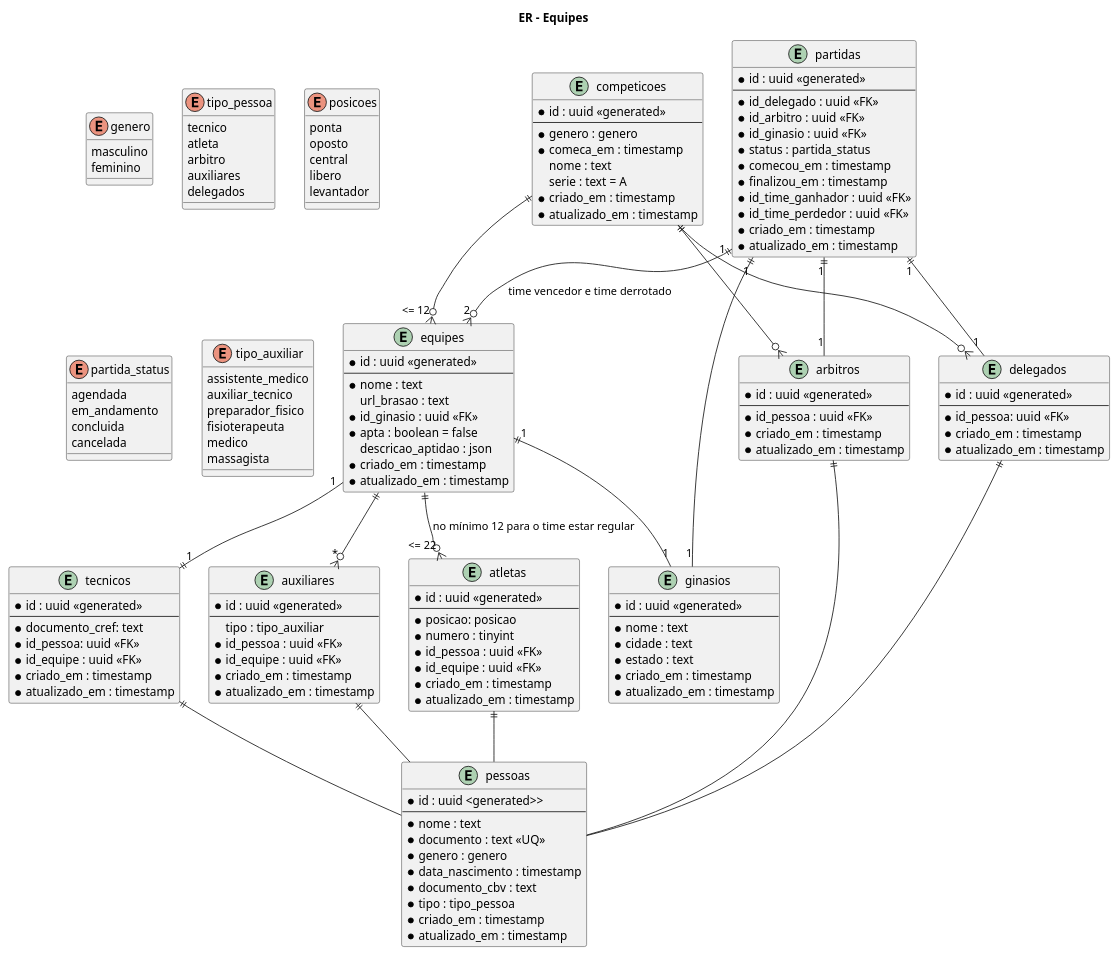
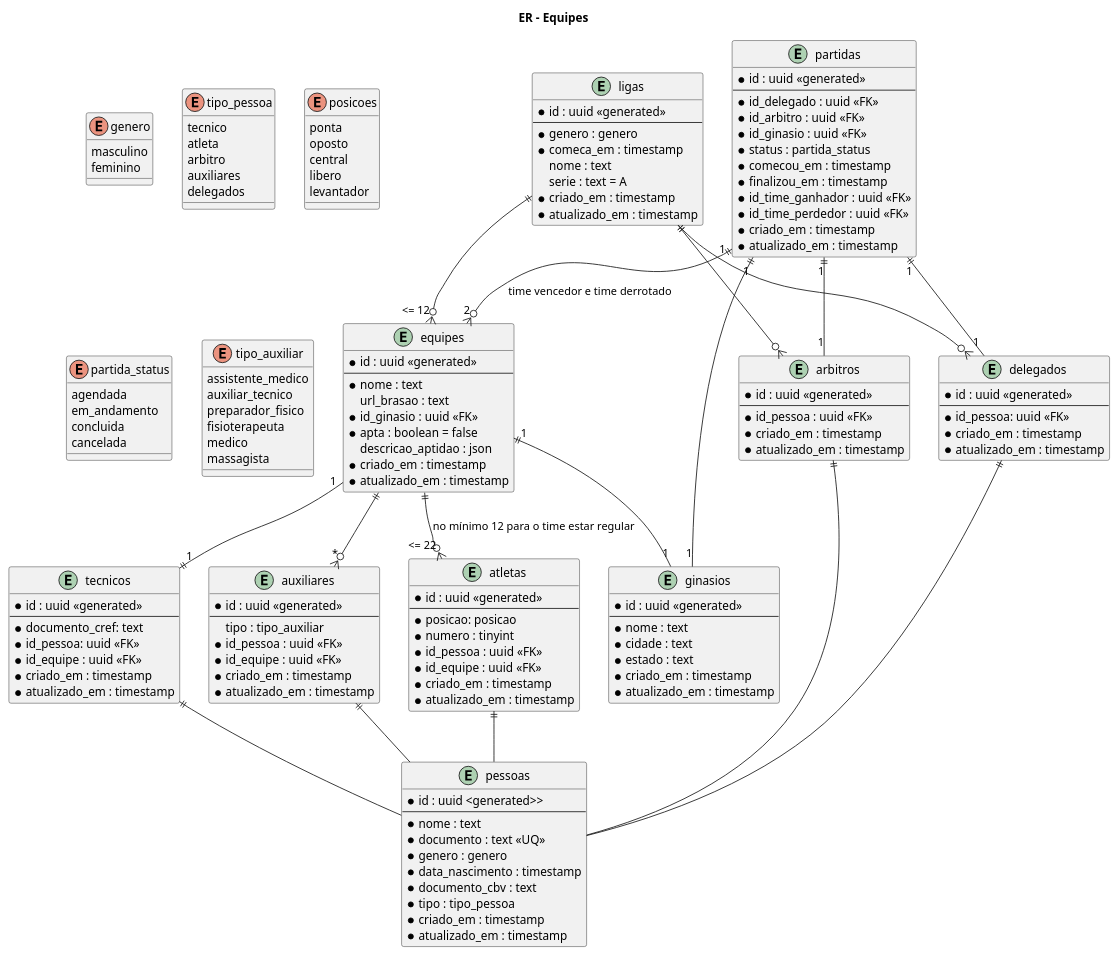
The diagram in docs/volei.puml (josecleiton/volleyball-api), drawn with PlantUML before and after one commit.

Commit message:
docs(VT-75): renomeia competicoes para ligas

```diff
--- a/docs/volei.puml
+++ b/docs/volei.puml
@@ -1,169 +1,169 @@
 @startuml er
 title ER - Equipes
 
 enum genero{
 	masculino
 	feminino
 }
 
-entity competicoes {
+entity ligas {
 	* id : uuid <<generated>>
 	--
 	* genero : genero
 	* comeca_em : timestamp
 	nome : text
 	serie : text = A
 	* criado_em : timestamp
 	* atualizado_em : timestamp
 }
 
 entity equipes {
 	* id : uuid <<generated>>
 	--
 	* nome : text
 	url_brasao : text
 	* id_ginasio : uuid <<FK>>  
 	* apta : boolean = false
 	descricao_aptidao : json
 	'min 12 per tournament'
 	'max 22 per tounament'
 	* criado_em : timestamp
 	* atualizado_em : timestamp
 }
 
 entity ginasios {
 	* id : uuid <<generated>>
 	--
 	* nome : text
 	* cidade : text
 	* estado : text
 	* criado_em : timestamp
 	* atualizado_em : timestamp
 }
 
 enum tipo_pessoa {
 	tecnico 
 	atleta
 	arbitro
 	auxiliares
 	delegados
 }
 
 entity pessoas {
 	* id : uuid <generated>>
 	--
 	* nome : text
 	* documento : text <<UQ>>
 	* genero : genero
 	* data_nascimento : timestamp
 	* documento_cbv : text
 	* tipo : tipo_pessoa
 	* criado_em : timestamp
 	* atualizado_em : timestamp
 }
 
 enum posicoes {
 	ponta
 	oposto
 	central
 	libero
 	levantador
 }
 
 enum partida_status {
 	agendada
 	em_andamento
 	concluida
 	cancelada
 }
 
 entity atletas{
 	* id : uuid <<generated>>
 	--
 	* posicao: posicao
 	* numero : tinyint
 	* id_pessoa : uuid <<FK>>
 	* id_equipe : uuid <<FK>>
 	* criado_em : timestamp
 	* atualizado_em : timestamp
 }
 
 entity tecnicos{
 	* id : uuid <<generated>>
 	--
 	* documento_cref: text
 	* id_pessoa: uuid <<FK>>
 	* id_equipe : uuid <<FK>>
 	* criado_em : timestamp
 	* atualizado_em : timestamp
 }
 
 entity arbitros {
 	* id : uuid <<generated>>
 	--
 	* id_pessoa : uuid <<FK>>
 	* criado_em : timestamp
 	* atualizado_em : timestamp
 }
 
 enum tipo_auxiliar {
 	assistente_medico
 	auxiliar_tecnico
 	preparador_fisico
 	fisioterapeuta
 	medico
 	massagista
 }
 
 entity auxiliares {
 	* id : uuid <<generated>>
 	--
 	tipo : tipo_auxiliar
 	* id_pessoa : uuid <<FK>>
 	* id_equipe : uuid <<FK>>
 	* criado_em : timestamp
 	* atualizado_em : timestamp
 }
 
 entity delegados {
 	* id : uuid <<generated>>
 	--
 	* id_pessoa: uuid <<FK>>
 	* criado_em : timestamp
 	* atualizado_em : timestamp
 }
 
 entity partidas {
 	* id : uuid <<generated>>
 	--
 	* id_delegado : uuid <<FK>>
 	* id_arbitro : uuid <<FK>>
 	* id_ginasio : uuid <<FK>>
 	* status : partida_status
 	* comecou_em : timestamp
 	* finalizou_em : timestamp
 	* id_time_ganhador : uuid <<FK>>
 	* id_time_perdedor : uuid <<FK>>
 	* criado_em : timestamp
 	* atualizado_em : timestamp
 }
 
-competicoes ||--o{ "<= 12" equipes
-competicoes ||--o{ arbitros
-competicoes ||--o{ delegados
+ligas ||--o{ "<= 12" equipes
+ligas ||--o{ arbitros
+ligas ||--o{ delegados
 equipes ||--o{ "<= 22" atletas : no mínimo 12 para o time estar regular
 equipes "1" --|| "1" tecnicos
 equipes ||--o{ "*" auxiliares
 equipes "1" ||-- "1" ginasios
 partidas "1" ||-- "1" arbitros
 partidas "1" ||-- "1" delegados
 partidas "1" ||-- "1" ginasios
 partidas "1" ||--o{ "2" equipes : time vencedor e time derrotado
 
 atletas ||-- pessoas
 tecnicos ||-- pessoas
 auxiliares ||-- pessoas
 arbitros ||-- pessoas
 delegados ||-- pessoas
 
 @enduml
```
